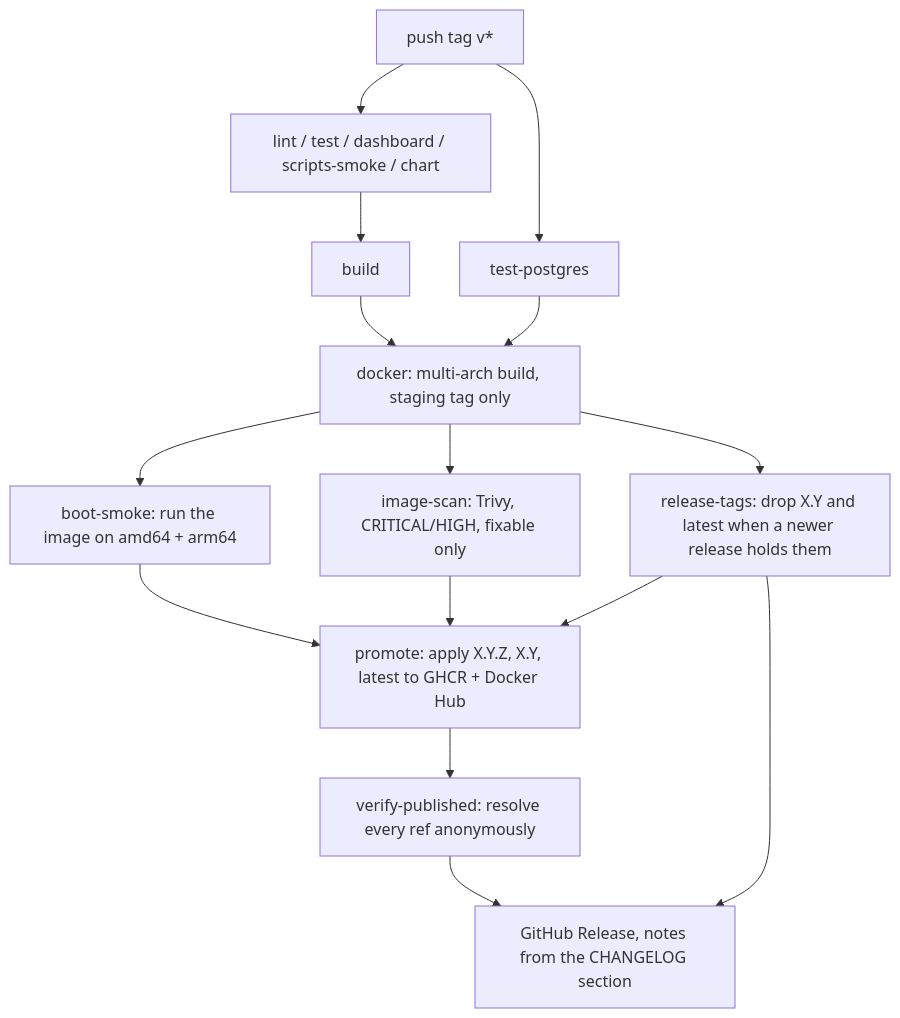
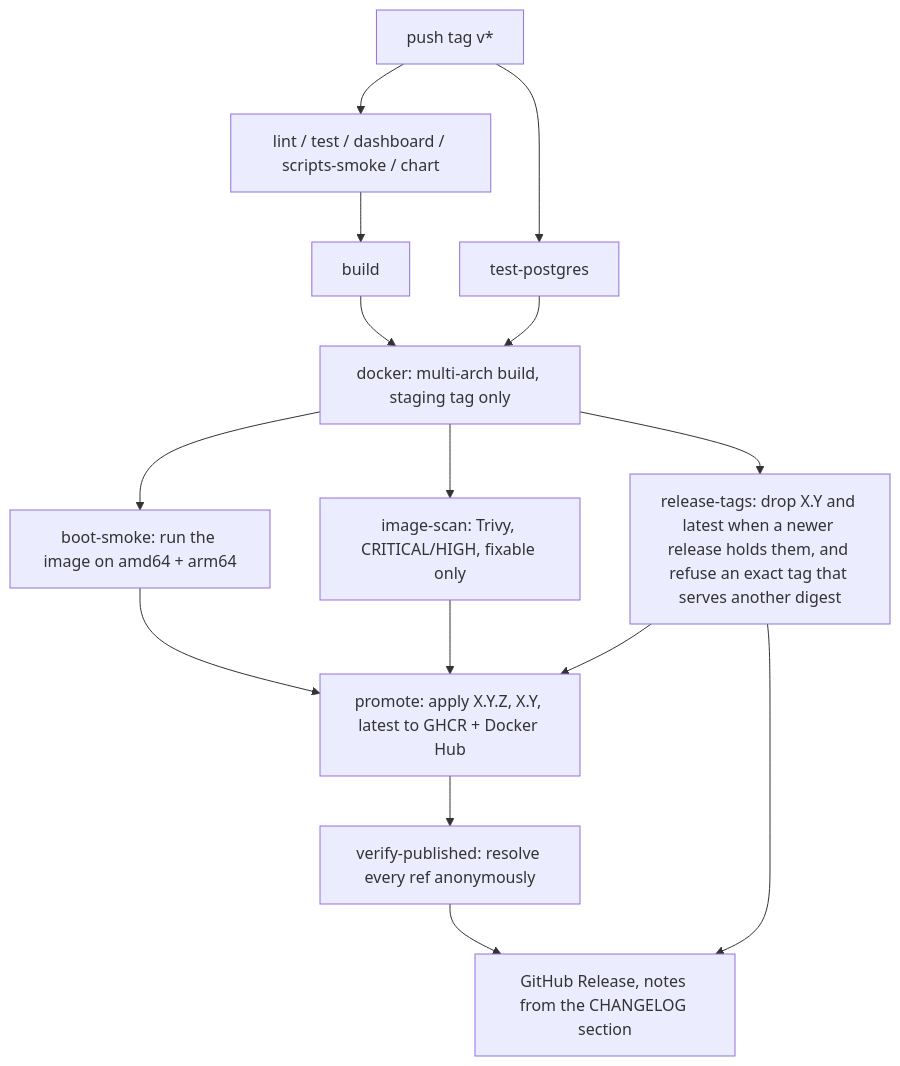
Before and after one commit to rmyndharis/OpenWA: the seventh of 7 diagrams in docs/15-project-roadmap.md, drawn with Mermaid. The commit also changed other lines of this file and 3 other files, not shown here.

First line of the commit message:
ci(release): refuse a tag whose commit main does not hold

````diff
--- a/docs/15-project-roadmap.md
+++ b/docs/15-project-roadmap.md
@@ -759,17 +760,17 @@
 ```mermaid
 flowchart TB
     A[push tag v*] --> B[lint / test / dashboard / scripts-smoke / chart]
     A --> T[test-postgres]
     B --> C[build]
     C --> D[docker: multi-arch build, staging tag only]
     T --> D
     D --> E[boot-smoke: run the image on amd64 + arm64]
     D --> F[image-scan: Trivy, CRITICAL/HIGH, fixable only]
-    D --> R[release-tags: drop X.Y and latest when a newer release holds them]
+    D --> R[release-tags: drop X.Y and latest when a newer release holds them, and refuse an exact tag that serves another digest]
     E --> G[promote: apply X.Y.Z, X.Y, latest to GHCR + Docker Hub]
     F --> G
     R --> G
     R --> I
     G --> H[verify-published: resolve every ref anonymously]
     H --> I[GitHub Release, notes from the CHANGELOG section]
 ```
````
